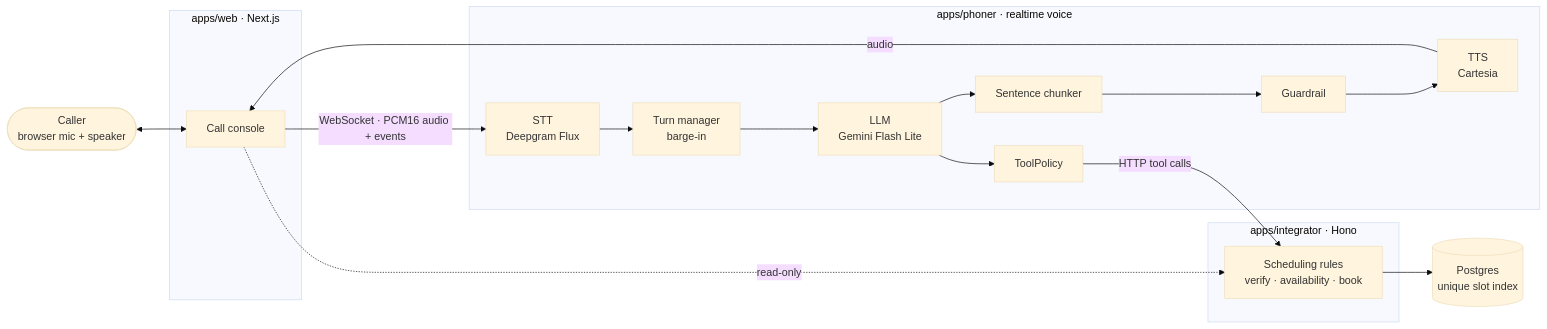
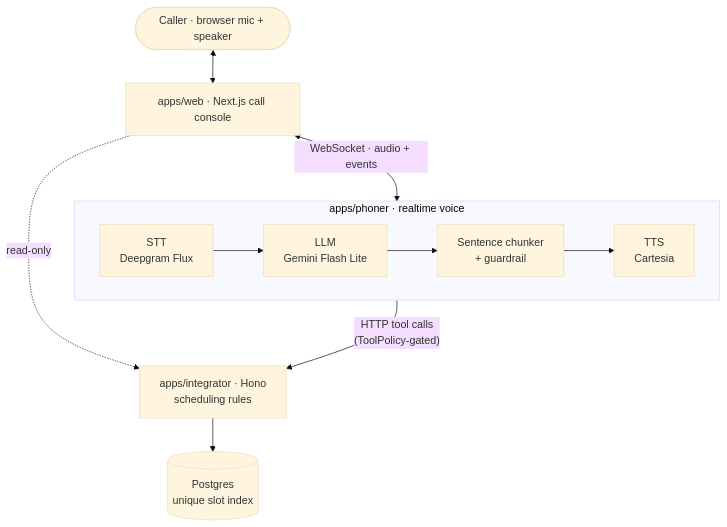
The diagram in README.md (ray-cj-huang/hippo), drawn with Mermaid (base theme) before and after one commit. The commit also changed 1 other file, not shown here.

Commit message:
Stack README diagram vertically and run deployed smoke only for Vercel

````diff
--- a/README.md
+++ b/README.md
@@ -5,28 +5,20 @@
 ```mermaid
-flowchart LR
-  caller(["Caller<br/>browser mic + speaker"])
+flowchart TB
+  caller(["Caller · browser mic + speaker"])
+  web["apps/web · Next.js call console"]
 
-  subgraph web["apps/web · Next.js"]
-    console["Call console"]
+  subgraph phoner["apps/phoner · realtime voice"]
+    direction LR
+    stt["STT<br/>Deepgram Flux"] --> llm["LLM<br/>Gemini Flash Lite"]
+    llm --> guard["Sentence chunker<br/>+ guardrail"] --> tts["TTS<br/>Cartesia"]
   end
 
-  subgraph phoner["apps/phoner · realtime voice"]
-    stt["STT<br/>Deepgram Flux"] --> turn["Turn manager<br/>barge-in"]
-    turn --> llm["LLM<br/>Gemini Flash Lite"]
-    llm --> chunk["Sentence chunker"] --> guard["Guardrail"] --> tts["TTS<br/>Cartesia"]
-    llm --> policy["ToolPolicy"]
-  end
-
-  subgraph integrator["apps/integrator · Hono"]
-    api["Scheduling rules<br/>verify · availability · book"]
-  end
-
+  integrator["apps/integrator · Hono<br/>scheduling rules"]
   db[("Postgres<br/>unique slot index")]
 
-  caller <--> console
-  console -- "WebSocket · PCM16 audio + events" --> stt
-  tts -- "audio" --> console
-  policy -- "HTTP tool calls" --> api
-  api --> db
-  console -. "read-only" .-> api
+  caller <--> web
+  web <-- "WebSocket · audio + events" --> phoner
+  llm -- "HTTP tool calls<br/>(ToolPolicy-gated)" --> integrator
+  web -. "read-only" .-> integrator
+  integrator --> db
 ```
````
